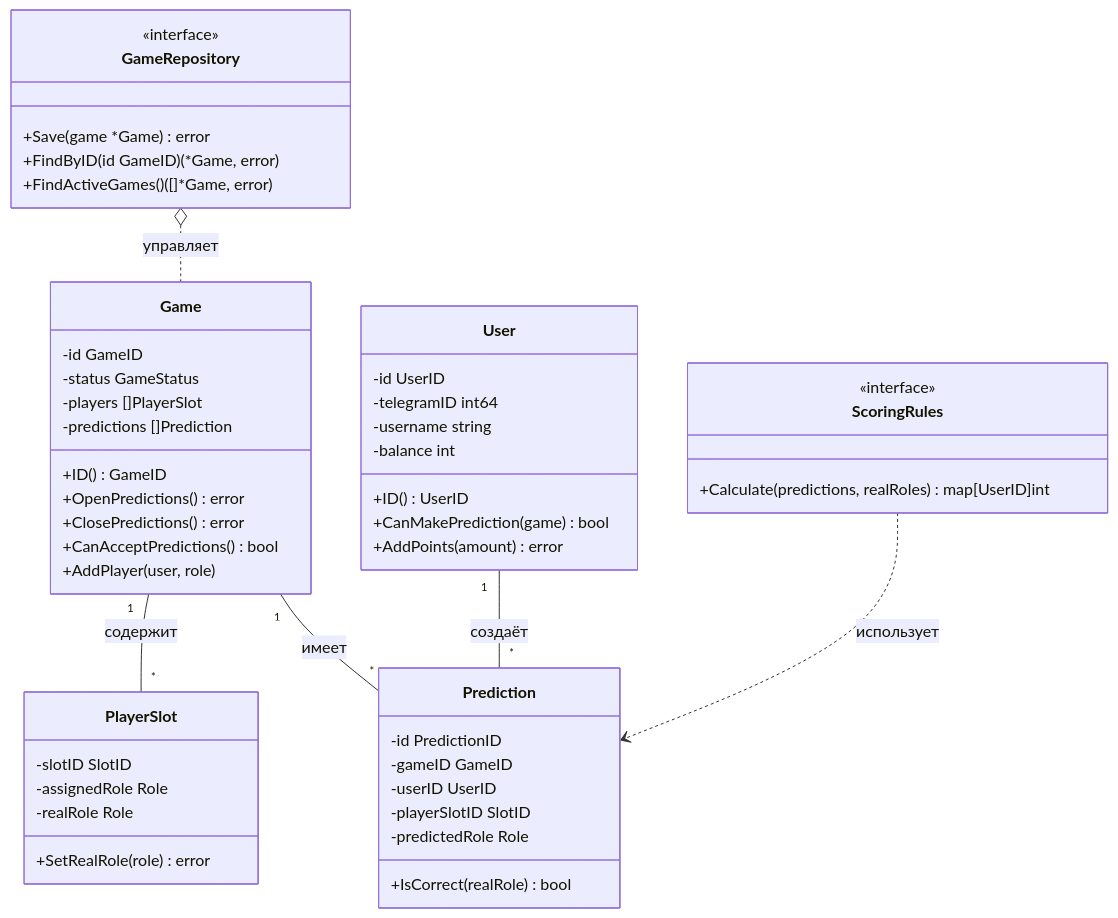
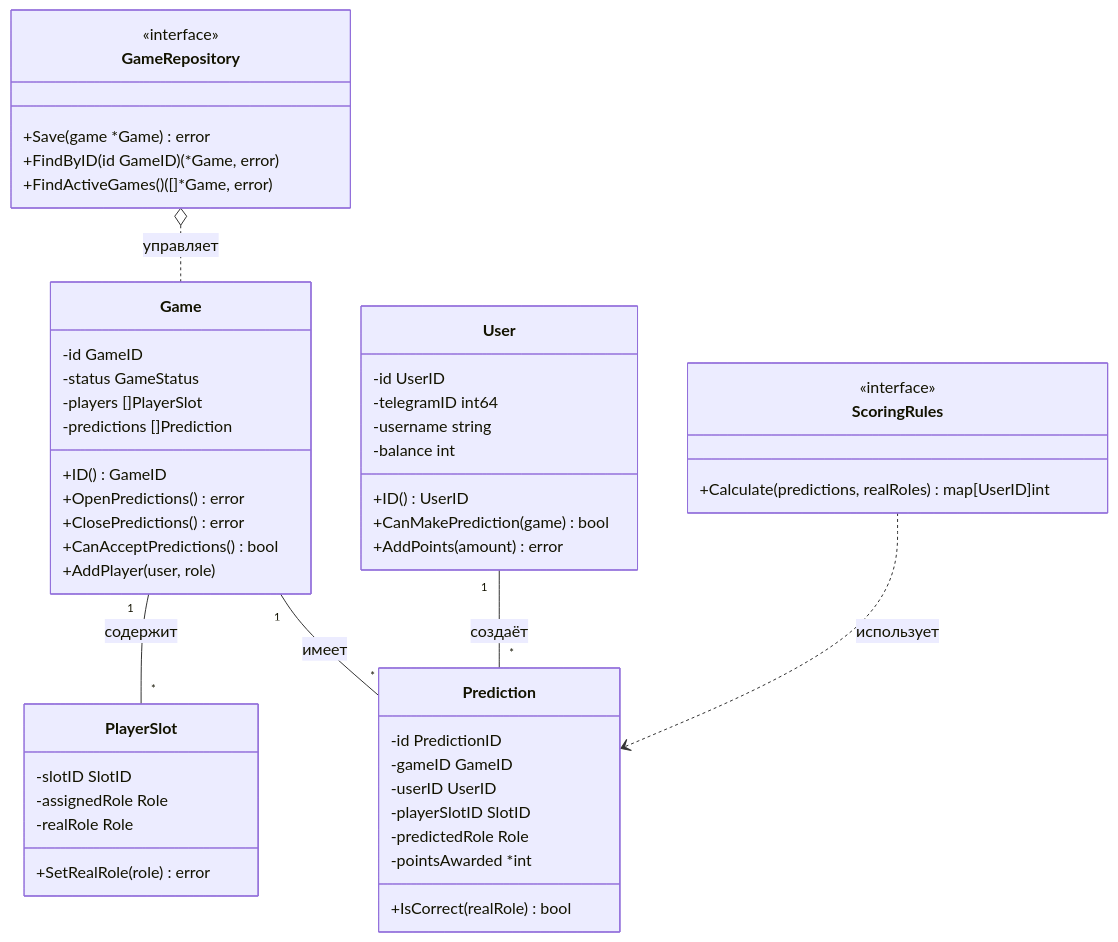
Before and after one commit to RIP-Peroni/blood_guess: the diagram in diagrams/domain_models.md, drawn with Mermaid. The commit also changed 9 other files, not shown here.

Commit message:
1)basic scoring domain service: tests and logic added 2)domain models diagram updated 3)interfaces for domain services added 4)prediction entity: tests and logic added

````diff
--- a/diagrams/domain_models.md
+++ b/diagrams/domain_models.md
@@ -1,58 +1,59 @@
 ```mermaid
 classDiagram
     class User {
         -id UserID
         -telegramID int64
         -username string
         -balance int
         +ID() UserID
         +CanMakePrediction(game) bool
         +AddPoints(amount) error
     }
     
     class Game {
         -id GameID
         -status GameStatus
         -players []PlayerSlot
         -predictions []Prediction
         +ID() GameID
         +OpenPredictions() error
         +ClosePredictions() error
         +CanAcceptPredictions() bool
         +AddPlayer(user, role)
     }
     
     class Prediction {
         -id PredictionID
         -gameID GameID
         -userID UserID
         -playerSlotID SlotID
         -predictedRole Role
+        -pointsAwarded *int
         +IsCorrect(realRole) bool
     }
     
     class PlayerSlot {
         -slotID SlotID
         -assignedRole Role
         -realRole Role
         +SetRealRole(role) error
     }
     
     class ScoringRules {
         <<interface>>
         +Calculate(predictions, realRoles) map[UserID]int
     }
     
     class GameRepository {
         <<interface>>
         +Save(game *Game) error
         +FindByID(id GameID) (*Game, error)
         +FindActiveGames() ([]*Game, error)
     }
     
     Game "1" -- "*" PlayerSlot : содержит
     Game "1" -- "*" Prediction : имеет
     User "1" -- "*" Prediction : создаёт
     ScoringRules ..> Prediction : использует
     GameRepository o.. Game : управляет
 ```
````
